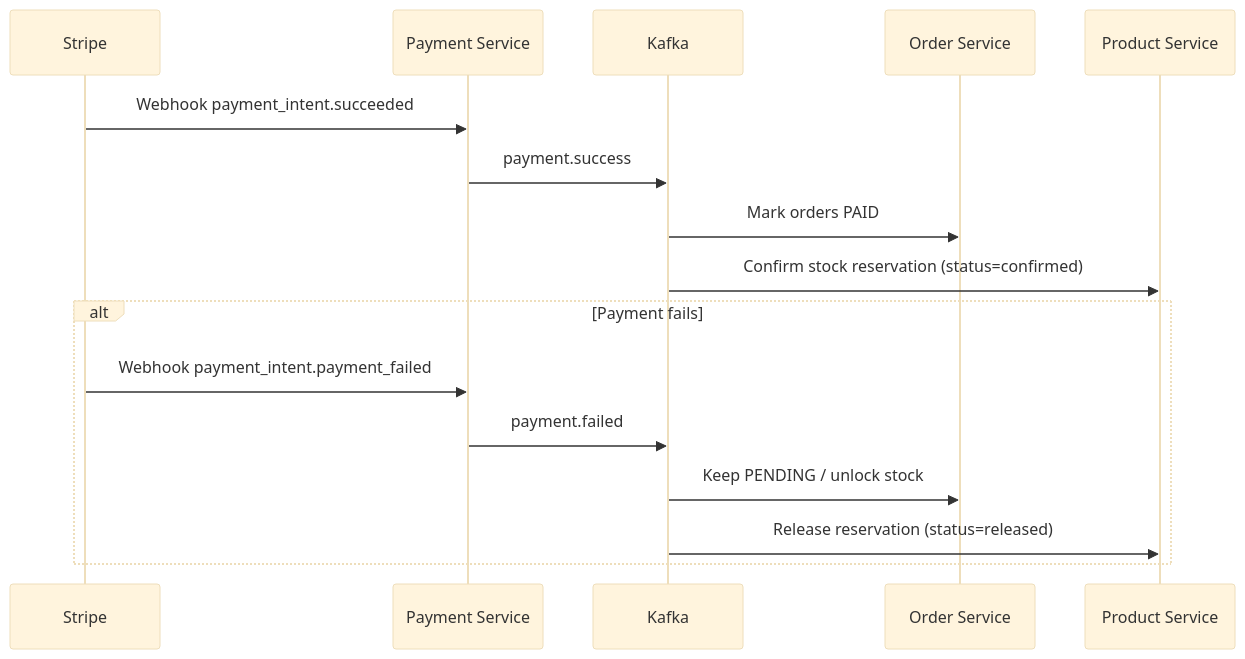
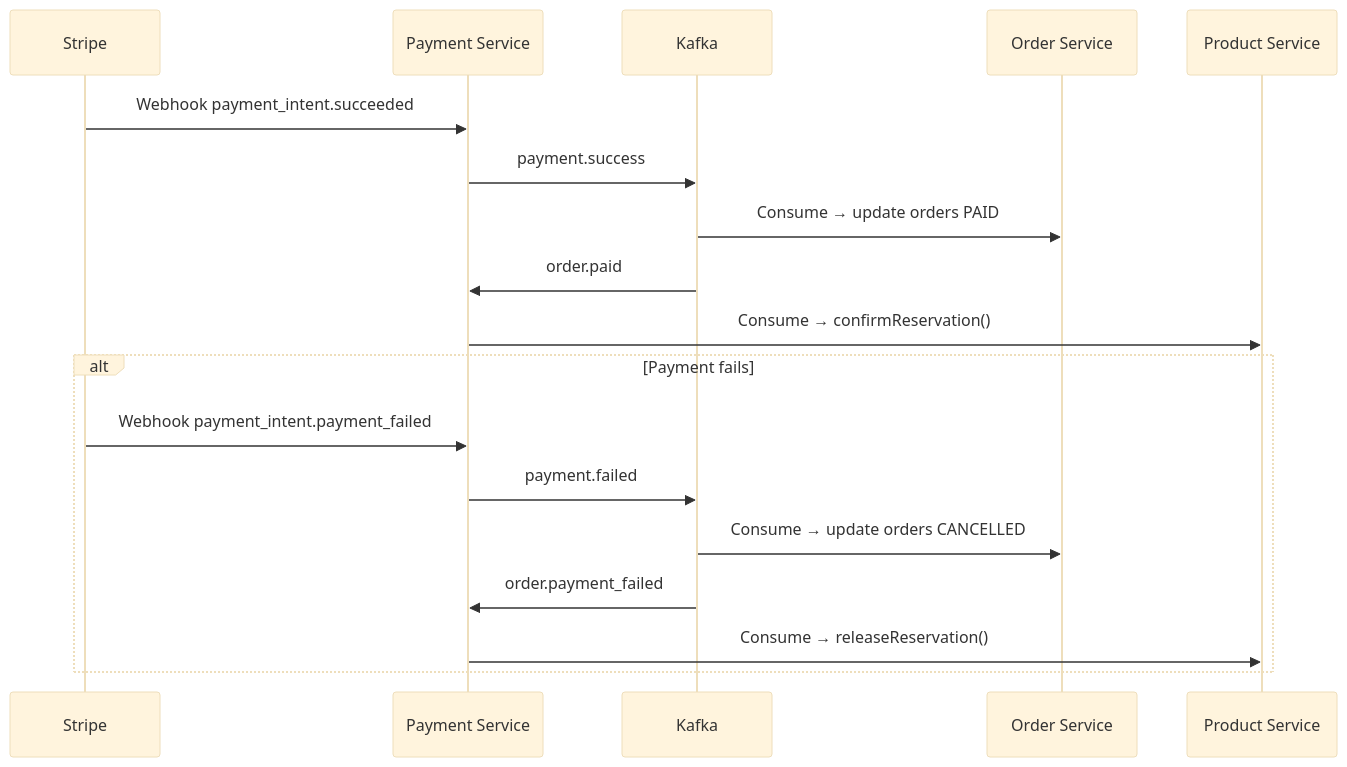
Before and after one commit to ldqanh1408/stealing-from-paradise: the tenth of 14 diagrams in documents/overview/FLOWS.md, drawn with Mermaid (base theme). The commit also changed other lines of this file and 27 other files, not shown here.

````diff
--- a/documents/overview/FLOWS.md
+++ b/documents/overview/FLOWS.md
@@ -208,20 +232,22 @@
 ```mermaid
 sequenceDiagram
     participant Stripe
     participant PayS as Payment Service
     participant Kafka
     participant OS as Order Service
     participant PS as Product Service
 
     Stripe->>PayS: Webhook payment_intent.succeeded
     PayS->>Kafka: payment.success
-    Kafka->>OS: Mark orders PAID
-    Kafka->>PS: Confirm stock reservation (status=confirmed)
+    Kafka->>OS: Consume → update orders PAID
+    Kafka->>PayS: order.paid
+    PayS->>PS: Consume → confirmReservation()
 
     alt Payment fails
         Stripe->>PayS: Webhook payment_intent.payment_failed
         PayS->>Kafka: payment.failed
-        Kafka->>OS: Keep PENDING / unlock stock
-        Kafka->>PS: Release reservation (status=released)
+        Kafka->>OS: Consume → update orders CANCELLED
+        Kafka->>PayS: order.payment_failed
+        PayS->>PS: Consume → releaseReservation()
     end
 ```
````
